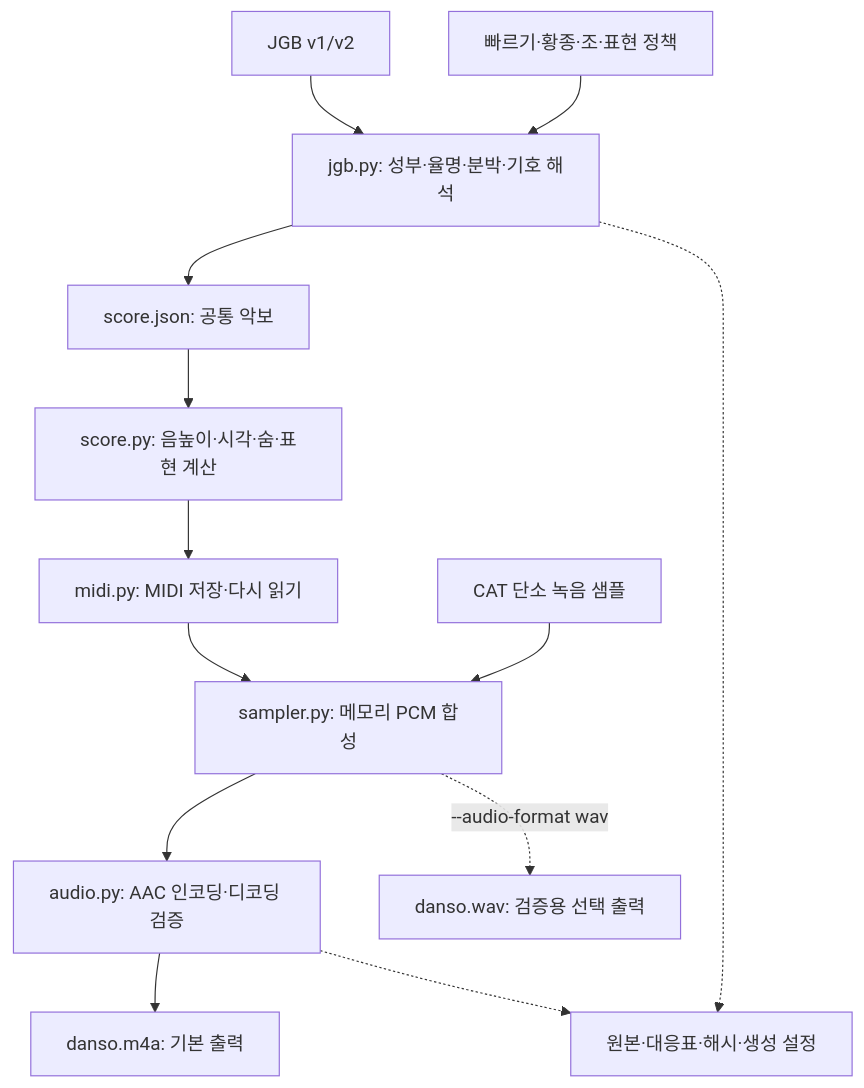
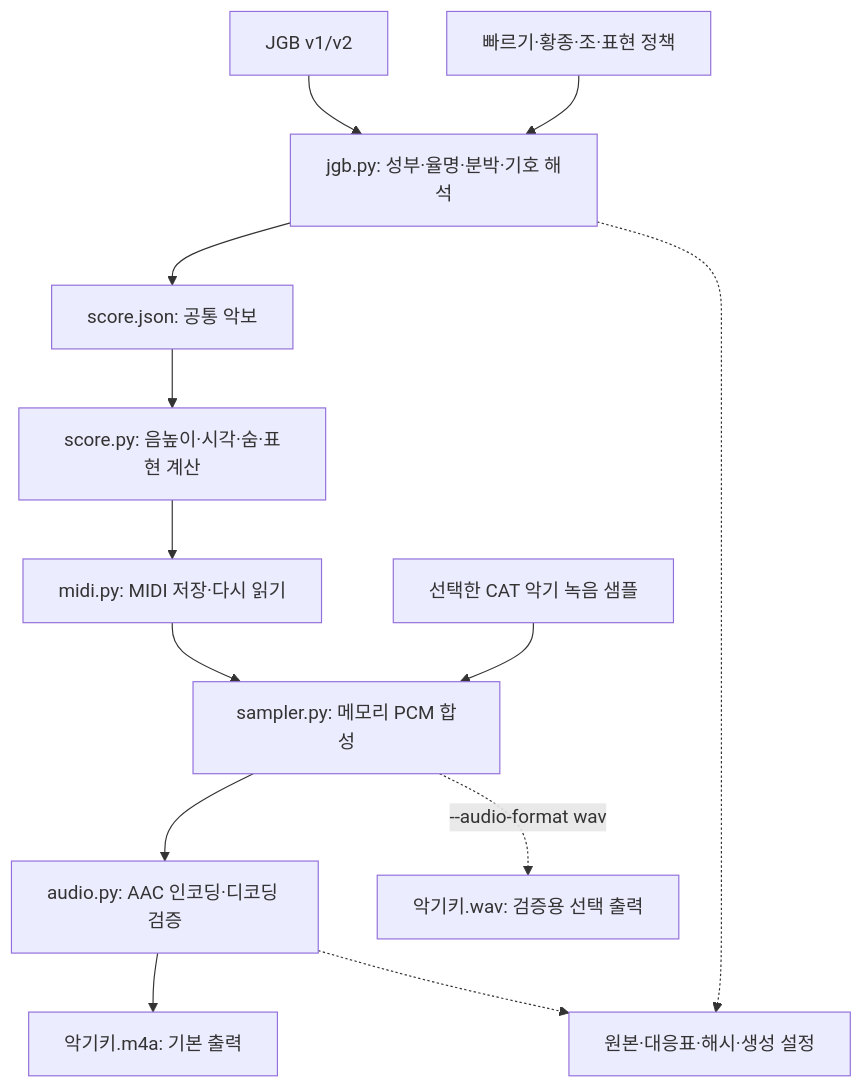
One commit to Eolssu-Edo/eolssu changed the diagram in data/src/playback/README.md. Above: the diagram before and after it, drawn with Mermaid. The commit also changed other lines of this file and 1 other file, not shown here.

Commit message:
refac(ai): 공통 단일 변환 문서·검사의 병합 충돌 해소 (S15P31E102-107)

````diff
--- a/data/src/playback/README.md
+++ b/data/src/playback/README.md
@@ -7,15 +7,15 @@
 ```mermaid
 flowchart TD
     jgb["JGB v1/v2"] --> parse["jgb.py: 성부·율명·분박·기호 해석"]
     settings["빠르기·황종·조·표현 정책"] --> parse
     parse --> score["score.json: 공통 악보"]
     score --> events["score.py: 음높이·시각·숨·표현 계산"]
     events --> midi["midi.py: MIDI 저장·다시 읽기"]
     midi --> pcm["sampler.py: 메모리 PCM 합성"]
-    samples["CAT 단소 녹음 샘플"] --> pcm
+    samples["선택한 CAT 악기 녹음 샘플"] --> pcm
     pcm --> aac["audio.py: AAC 인코딩·디코딩 검증"]
-    aac --> m4a["danso.m4a: 기본 출력"]
-    pcm -. "--audio-format wav" .-> wav["danso.wav: 검증용 선택 출력"]
+    aac --> m4a["악기키.m4a: 기본 출력"]
+    pcm -. "--audio-format wav" .-> wav["악기키.wav: 검증용 선택 출력"]
     parse -.-> trace["원본·대응표·해시·생성 설정"]
     aac -.-> trace
 ```
````
